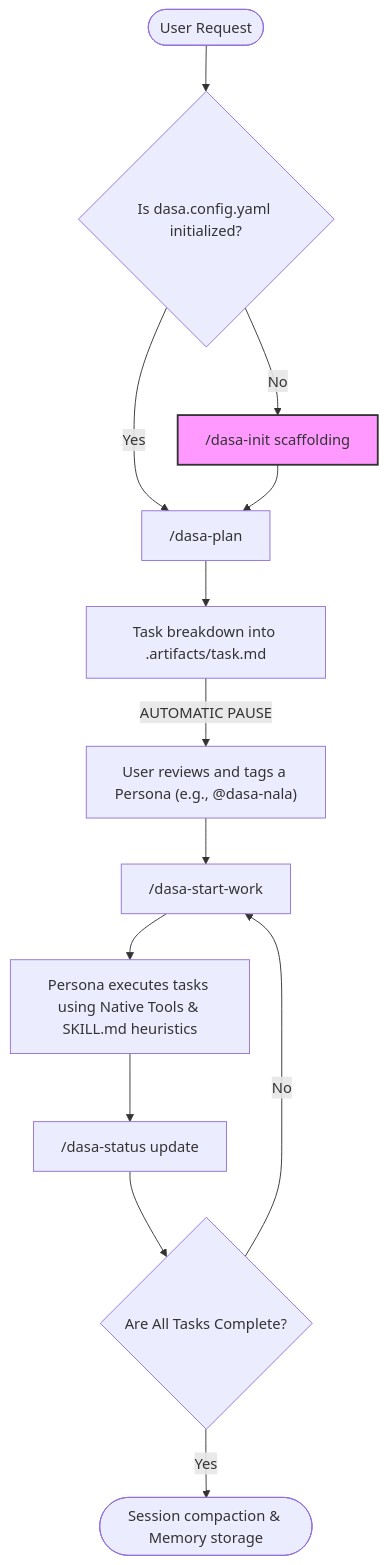
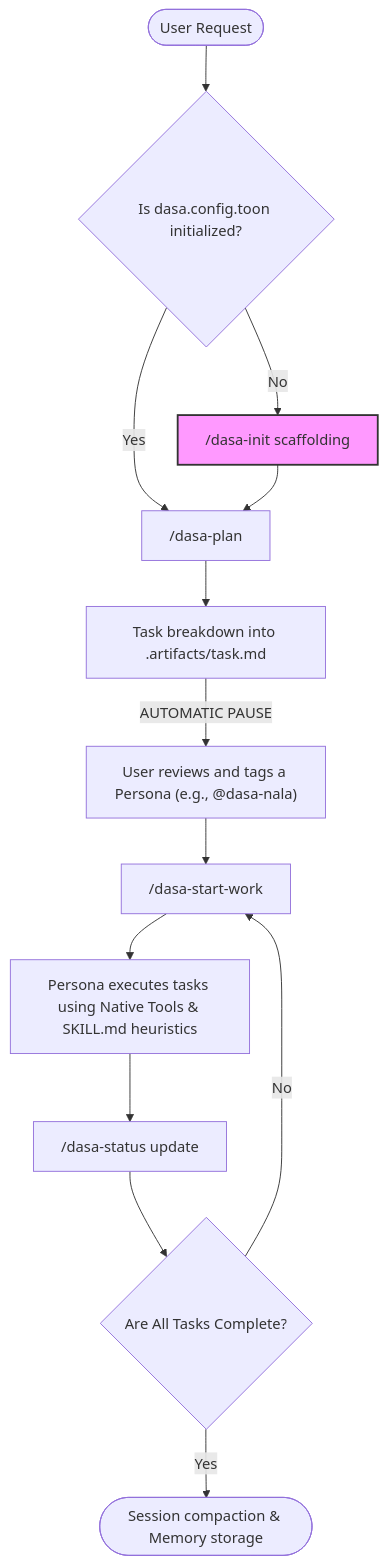
The diagram in HOW_IT_WORKS.md (TudeOrangBiasa/dasa-sradha-kit), drawn with Mermaid before and after one commit. The commit also changed other lines of this file and 2 other files, not shown here.

Commit message:
docs: completely replace all remaining .yaml references with .toon across documentation

````diff
--- a/HOW_IT_WORKS.md
+++ b/HOW_IT_WORKS.md
@@ -9,23 +9,23 @@
 ```mermaid
 graph TD
-    A([User Request]) --> B{Is dasa.config.yaml initialized?}
+    A([User Request]) --> B{Is dasa.config.toon initialized?}
     B -- No --> C["/dasa-init scaffolding"]
     B -- Yes --> D["/dasa-plan"]
     
     C --> D
     
     D --> E["Task breakdown into .artifacts/task.md"]
     E -- AUTOMATIC PAUSE --> F["User reviews and tags a Persona (e.g., @dasa-nala)"]
     
     F --> G["/dasa-start-work"]
     G --> H[Persona executes tasks using Native Tools & SKILL.md heuristics]
     
     H --> I["/dasa-status update"]
     I --> J{Are All Tasks Complete?}
     
     J -- No --> G
     J -- Yes --> K(["Session compaction & Memory storage"])
     
     classDef init fill:#f9f,stroke:#333,stroke-width:2px;
     class C init;
 ```
````
